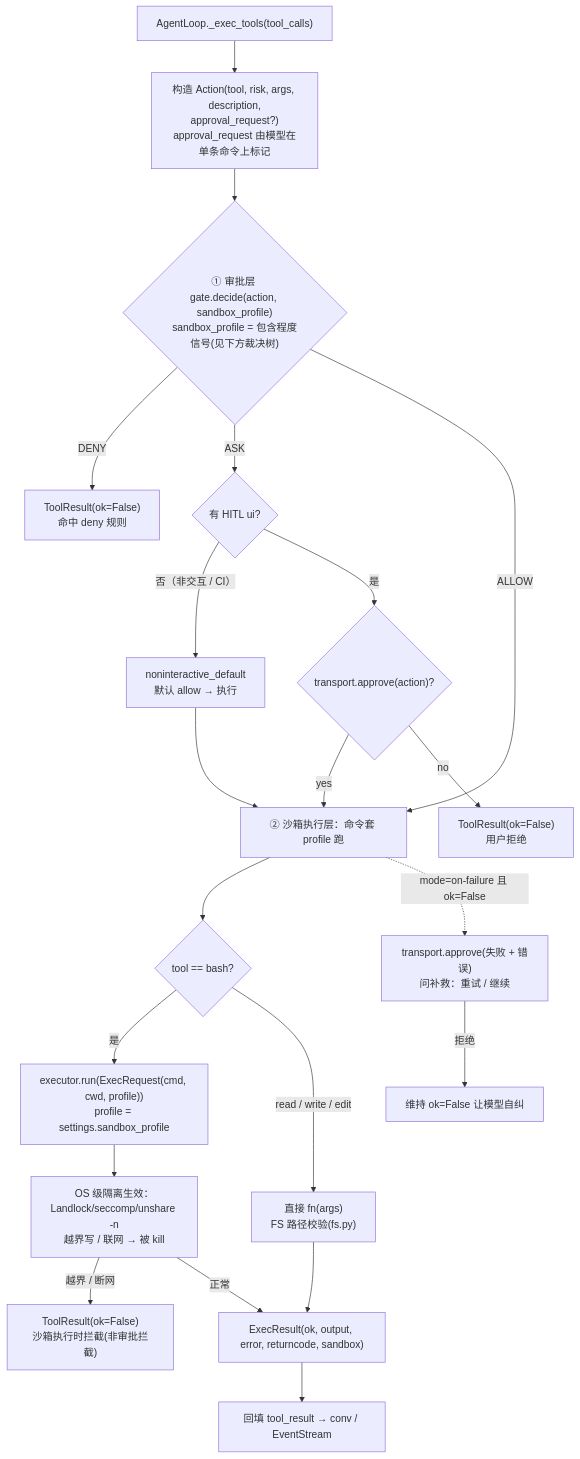
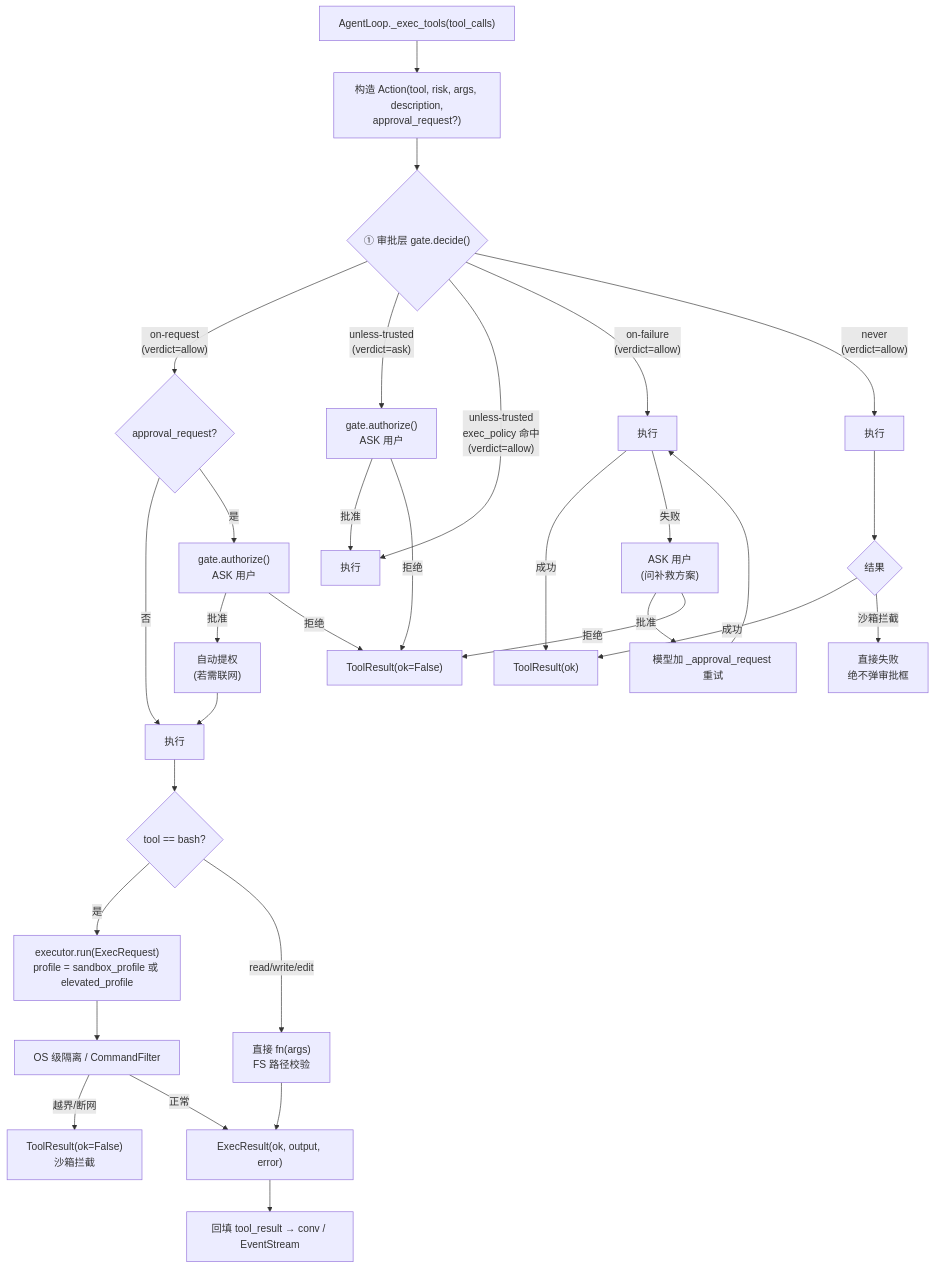
One commit to SyncFunc/work-agent changed the second of 3 diagrams in knowledge/sandbox-approval-design.md. Above: the diagram before and after it, drawn with Mermaid. The commit also changed other lines of this file and 26 other files, not shown here.

````diff
--- a/knowledge/sandbox-approval-design.md
+++ b/knowledge/sandbox-approval-design.md
@@ -321,24 +255,43 @@
 ```mermaid
 flowchart TD
-    Start["AgentLoop._exec_tools(tool_calls)"] --> Act["构造 Action(tool, risk, args, description,<br/>approval_request?)<br/>approval_request 由模型在单条命令上标记"]
-    Act --> Gate{"① 审批层 gate.decide(action, sandbox_profile)<br/>sandbox_profile = 包含程度信号(见下方裁决树)"}
-    Gate -- "DENY" --> DX["ToolResult(ok=False)<br/>命中 deny 规则"]
-    Gate -- "ASK" --> HITL{"有 HITL ui?"}
-    HITL -- "否（非交互 / CI）" --> NID["noninteractive_default<br/>默认 allow → 执行"]
-    HITL -- "是" --> Ask{"transport.approve(action)?"}
-    Ask -- "yes" --> Exec
-    Ask -- "no" --> RX["ToolResult(ok=False)<br/>用户拒绝"]
-    Gate -- "ALLOW" --> Exec["② 沙箱执行层：命令套 profile 跑"]
-    NID --> Exec
+    Start["AgentLoop._exec_tools(tool_calls)"] --> Act["构造 Action(tool, risk, args, description,<br/>approval_request?)"]
+    Act --> Gate{"① 审批层 gate.decide()"}
+
+    %% on-request
+    Gate -- "on-request<br/>(verdict=allow)" --> ORR{"approval_request?"}
+    ORR -- "否" --> Exec["执行"]
+    ORR -- "是" --> ORASK["gate.authorize()<br/>ASK 用户"]
+    ORASK -- "批准" --> Elev["自动提权<br/>(若需联网)"]
+    Elev --> Exec
+    ORASK -- "拒绝" --> Rej["ToolResult(ok=False)"]
+
+    %% unless-trusted
+    Gate -- "unless-trusted<br/>(verdict=ask)" --> UTASK["gate.authorize()<br/>ASK 用户"]
+    UTASK -- "批准" --> UTExec["执行"]
+    UTASK -- "拒绝" --> Rej
+    Gate -- "unless-trusted<br/>exec_policy 命中<br/>(verdict=allow)" --> UTExec
+
+    %% on-failure
+    Gate -- "on-failure<br/>(verdict=allow)" --> OFExec["执行"]
+    OFExec -- "成功" --> OK["ToolResult(ok)"]
+    OFExec -- "失败" --> OFASK["ASK 用户<br/>(问补救方案)"]
+    OFASK -- "批准" --> OFRetry["模型加 _approval_request 重试"]
+    OFRetry --> OFExec
+    OFASK -- "拒绝" --> Rej
+
+    %% never
+    Gate -- "never<br/>(verdict=allow)" --> NVExec["执行"]
+    NVExec --> NVRes{"结果"}
+    NVRes -- "成功" --> OK
+    NVRes -- "沙箱拦截" --> Fail["直接失败<br/>绝不弹审批框"]
+
+    %% 公共执行路径
     Exec --> IsBash{"tool == bash?"}
-    IsBash -- "是" --> Run["executor.run(ExecRequest(cmd, cwd, profile))<br/>profile = settings.sandbox_profile"]
-    IsBash -- "read / write / edit" --> FS["直接 fn(args)<br/>FS 路径校验(fs.py)"]
-    Run --> Sand["OS 级隔离生效：Landlock/seccomp/unshare -n<br/>越界写 / 联网 → 被 kill"]
-    Sand -- "越界 / 断网" --> SK["ToolResult(ok=False)<br/>沙箱执行时拦截(非审批拦截)"]
-    Sand -- "正常" --> Res["ExecResult(ok, output, error, returncode, sandbox)"]
+    IsBash -- "是" --> Run["executor.run(ExecRequest)<br/>profile = sandbox_profile 或 elevated_profile"]
+    IsBash -- "read/write/edit" --> FS["直接 fn(args)<br/>FS 路径校验"]
+    Run --> Sand["OS 级隔离 / CommandFilter"]
+    Sand -- "越界/断网" --> SK["ToolResult(ok=False)<br/>沙箱拦截"]
+    Sand -- "正常" --> Res["ExecResult(ok, output, error)"]
     FS --> Res
     Res --> End["回填 tool_result → conv / EventStream"]
-
-    Exec -. "mode=on-failure 且 ok=False" .-> OF["transport.approve(失败 + 错误)<br/>问补救：重试 / 继续"]
-    OF -- "拒绝" --> OFX["维持 ok=False 让模型自纠"]
 ```
````
